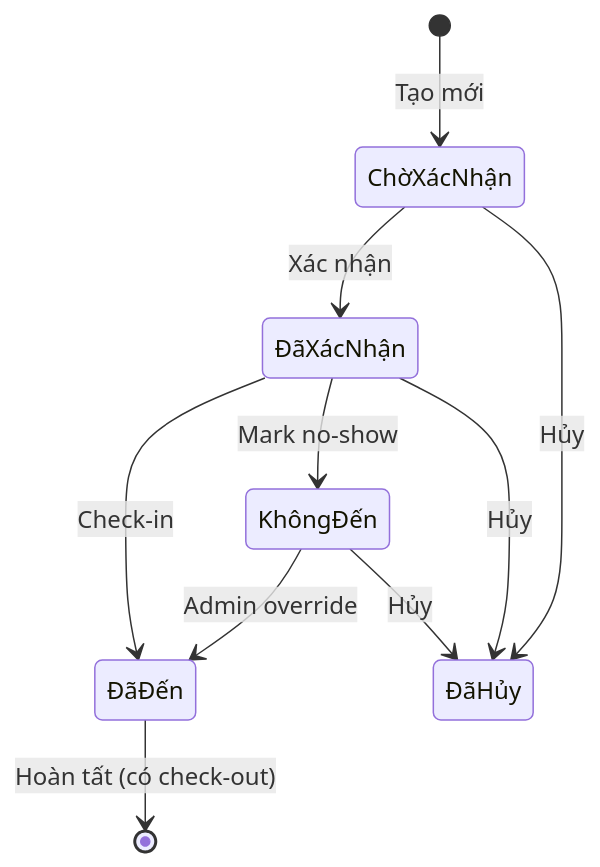
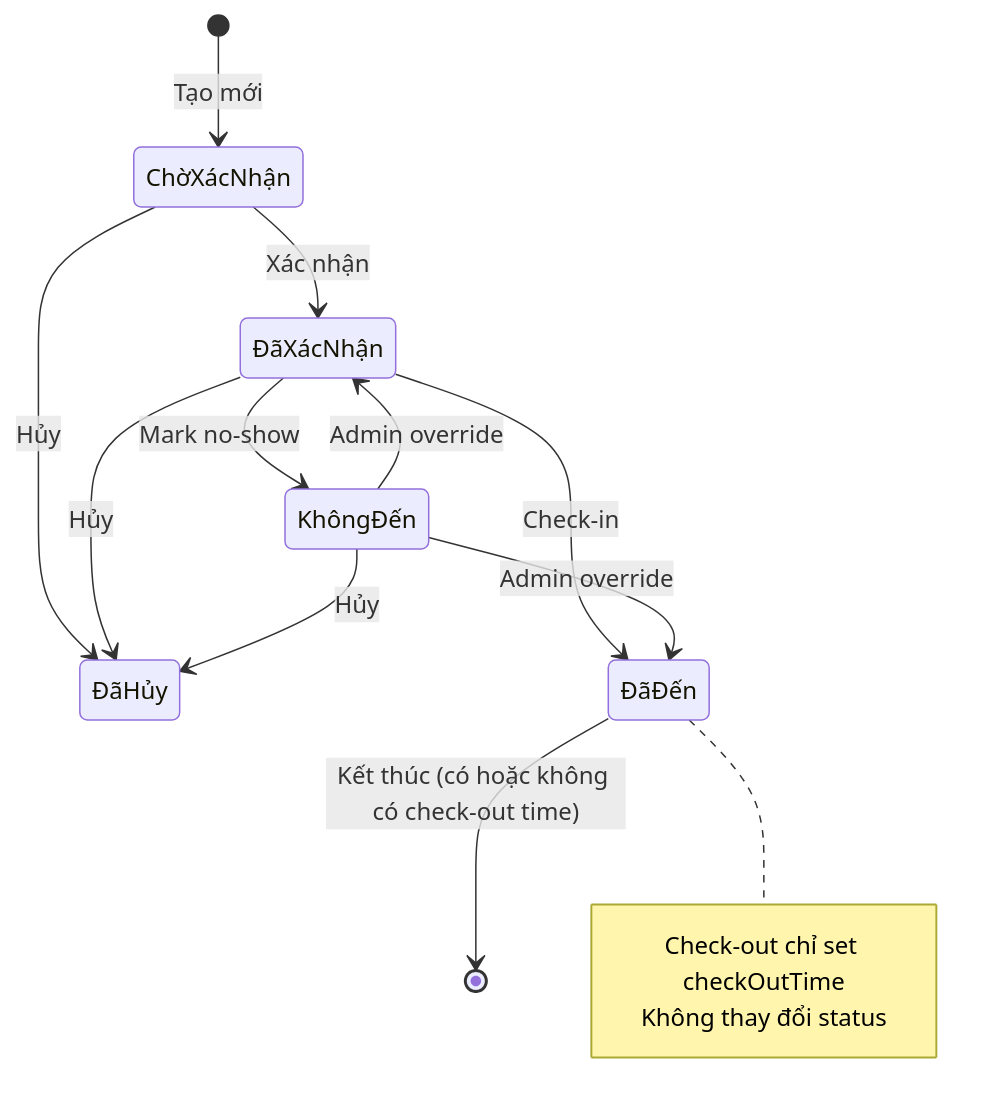
One commit to phMDiunch/drdee-antd changed the diagram in docs/requirements/008 Appointment.md. Above: the diagram before and after it, drawn with Mermaid. The commit also changed other lines of this file and 43 other files, not shown here.

````diff
--- a/docs/requirements/008 Appointment.md
+++ b/docs/requirements/008 Appointment.md
@@ -456,15 +555,21 @@
 ```mermaid
 stateDiagram-v2
     [*] --> ChờXácNhận: Tạo mới
     ChờXácNhận --> ĐãXácNhận: Xác nhận
     ChờXácNhận --> ĐãHủy: Hủy
 
     ĐãXácNhận --> ĐãĐến: Check-in
     ĐãXácNhận --> KhôngĐến: Mark no-show
     ĐãXácNhận --> ĐãHủy: Hủy
 
     KhôngĐến --> ĐãĐến: Admin override
+    KhôngĐến --> ĐãXácNhận: Admin override
     KhôngĐến --> ĐãHủy: Hủy
 
-    ĐãĐến --> [*]: Hoàn tất (có check-out)
+    ĐãĐến --> [*]: Kết thúc (có hoặc không có check-out time)
+
+    note right of ĐãĐến
+        Check-out chỉ set checkOutTime
+        Không thay đổi status
+    end note
 ```
````
